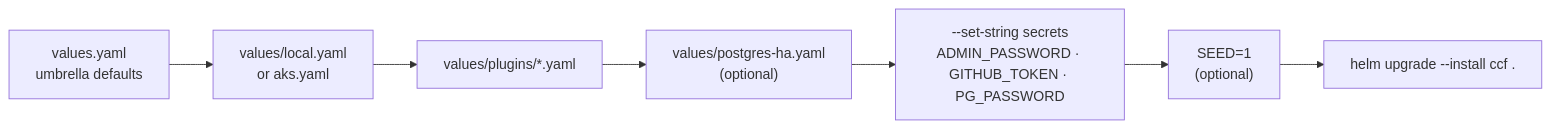
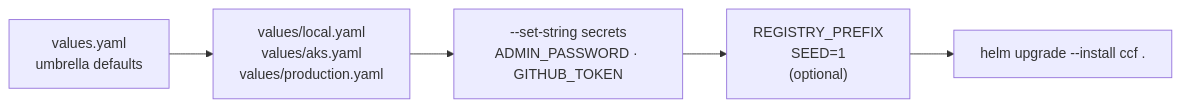
One commit to erasmo-dominguez-stuff/continuous-compliace-framework-poc changed the second of 3 diagrams in docs/helm-configuration.md. Above: the diagram before and after it, drawn with Mermaid. The commit also changed other lines of this file and 58 other files, not shown here.

````diff
--- a/docs/helm-configuration.md
+++ b/docs/helm-configuration.md
@@ -32,12 +68,10 @@
 ```mermaid
 flowchart LR
     V0["values.yaml<br/>umbrella defaults"]
-    V1["values/local.yaml<br/>or aks.yaml"]
-    V2["values/plugins/*.yaml"]
-    V3["values/postgres-ha.yaml<br/>(optional)"]
-    V4["--set-string secrets<br/>ADMIN_PASSWORD · GITHUB_TOKEN · PG_PASSWORD"]
-    V5["SEED=1<br/>(optional)"]
+    V1["values/local.yaml<br/>values/aks.yaml<br/>values/production.yaml"]
+    V2["--set-string secrets<br/>ADMIN_PASSWORD · GITHUB_TOKEN"]
+    V3["REGISTRY_PREFIX<br/>SEED=1<br/>(optional)"]
 
-    V0 --> V1 --> V2 --> V3 --> V4 --> V5
-    V5 --> HELM["helm upgrade --install ccf ."]
+    V0 --> V1 --> V2 --> V3
+    V3 --> HELM["helm upgrade --install ccf ."]
 ```
````
